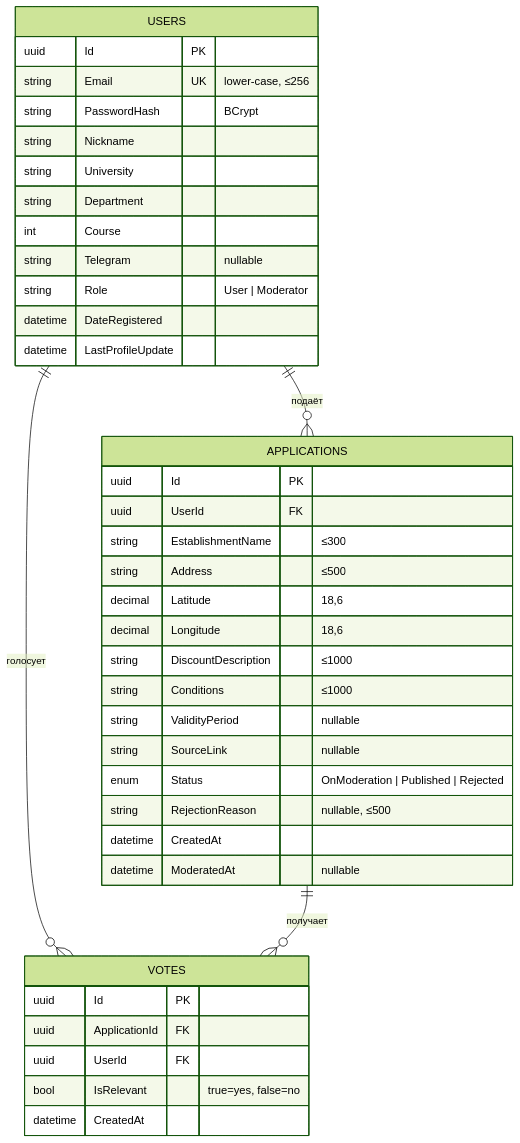
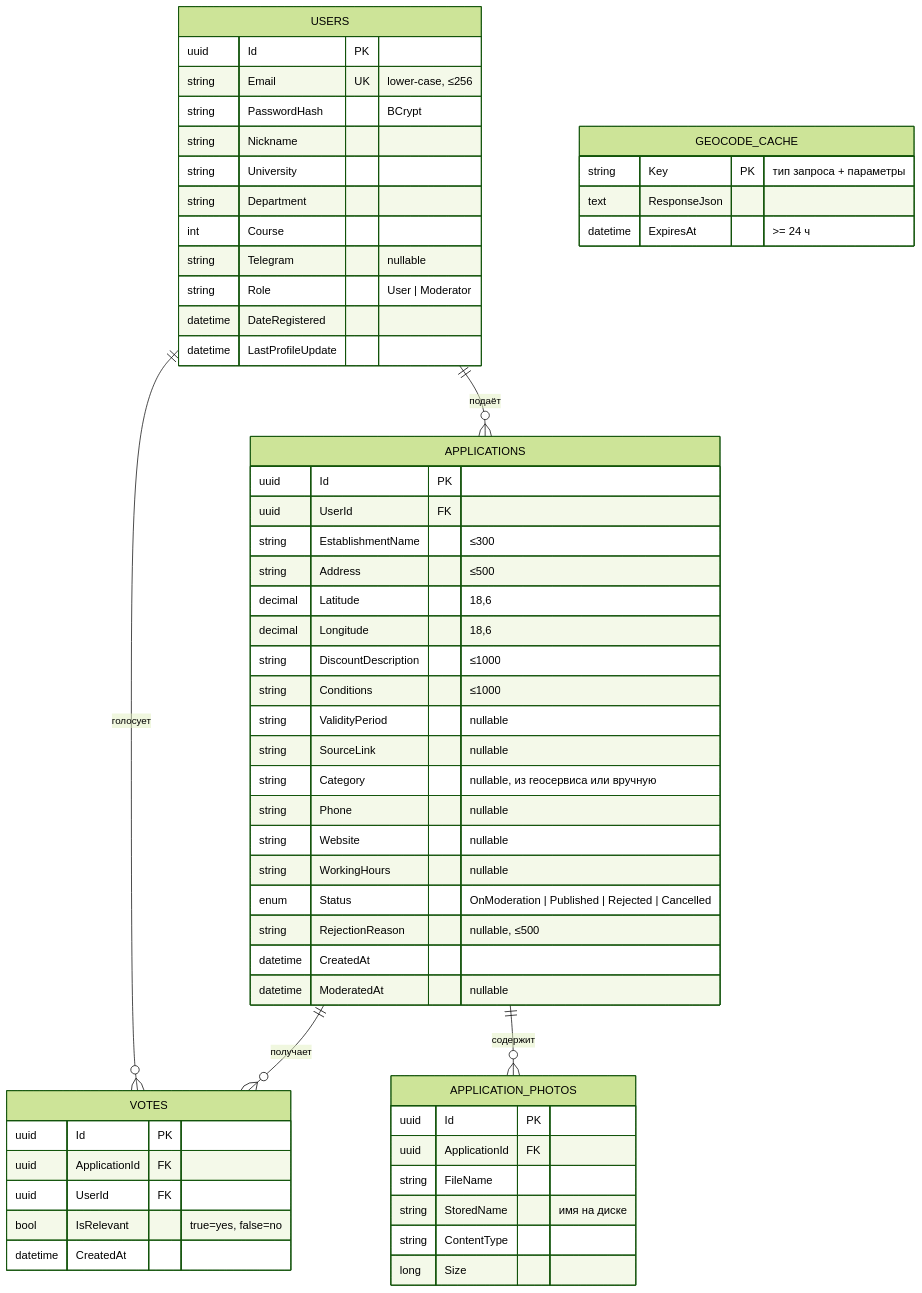
Before and after one commit to dwmbff/discount_aggregator: the fifth of 6 diagrams in docs/04-diagrams.md, drawn with Mermaid (forest theme). The commit also changed other lines of this file and 45 other files, not shown here.

````diff
--- a/docs/04-diagrams.md
+++ b/docs/04-diagrams.md
@@ -102,43 +105,61 @@
 ```mermaid
 erDiagram
     USERS ||--o{ APPLICATIONS : "подаёт"
     USERS ||--o{ VOTES : "голосует"
     APPLICATIONS ||--o{ VOTES : "получает"
+    APPLICATIONS ||--o{ APPLICATION_PHOTOS : "содержит"
 
     USERS {
         uuid Id PK
         string Email UK "lower-case, ≤256"
         string PasswordHash "BCrypt"
         string Nickname
         string University
         string Department
         int Course
         string Telegram "nullable"
         string Role "User | Moderator"
         datetime DateRegistered
         datetime LastProfileUpdate
     }
     APPLICATIONS {
         uuid Id PK
         uuid UserId FK
         string EstablishmentName "≤300"
         string Address "≤500"
         decimal Latitude "18,6"
         decimal Longitude "18,6"
         string DiscountDescription "≤1000"
         string Conditions "≤1000"
         string ValidityPeriod "nullable"
         string SourceLink "nullable"
-        enum Status "OnModeration | Published | Rejected"
+        string Category "nullable, из геосервиса или вручную"
+        string Phone "nullable"
+        string Website "nullable"
+        string WorkingHours "nullable"
+        enum Status "OnModeration | Published | Rejected | Cancelled"
         string RejectionReason "nullable, ≤500"
         datetime CreatedAt
         datetime ModeratedAt "nullable"
+    }
+    APPLICATION_PHOTOS {
+        uuid Id PK
+        uuid ApplicationId FK
+        string FileName
+        string StoredName "имя на диске"
+        string ContentType
+        long Size
+    }
+    GEOCODE_CACHE {
+        string Key PK "тип запроса + параметры"
+        text ResponseJson
+        datetime ExpiresAt ">= 24 ч"
     }
     VOTES {
         uuid Id PK
         uuid ApplicationId FK
         uuid UserId FK
         bool IsRelevant "true=yes, false=no"
         datetime CreatedAt
     }
 ```
````
